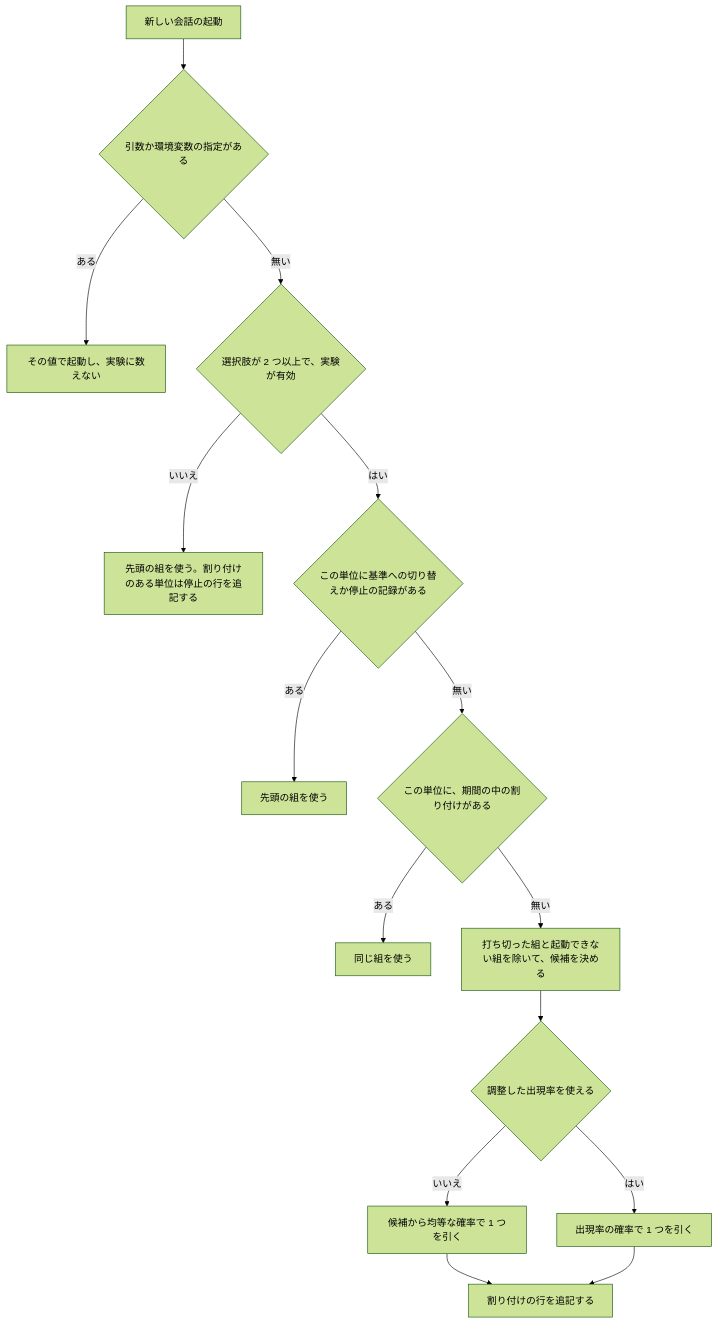
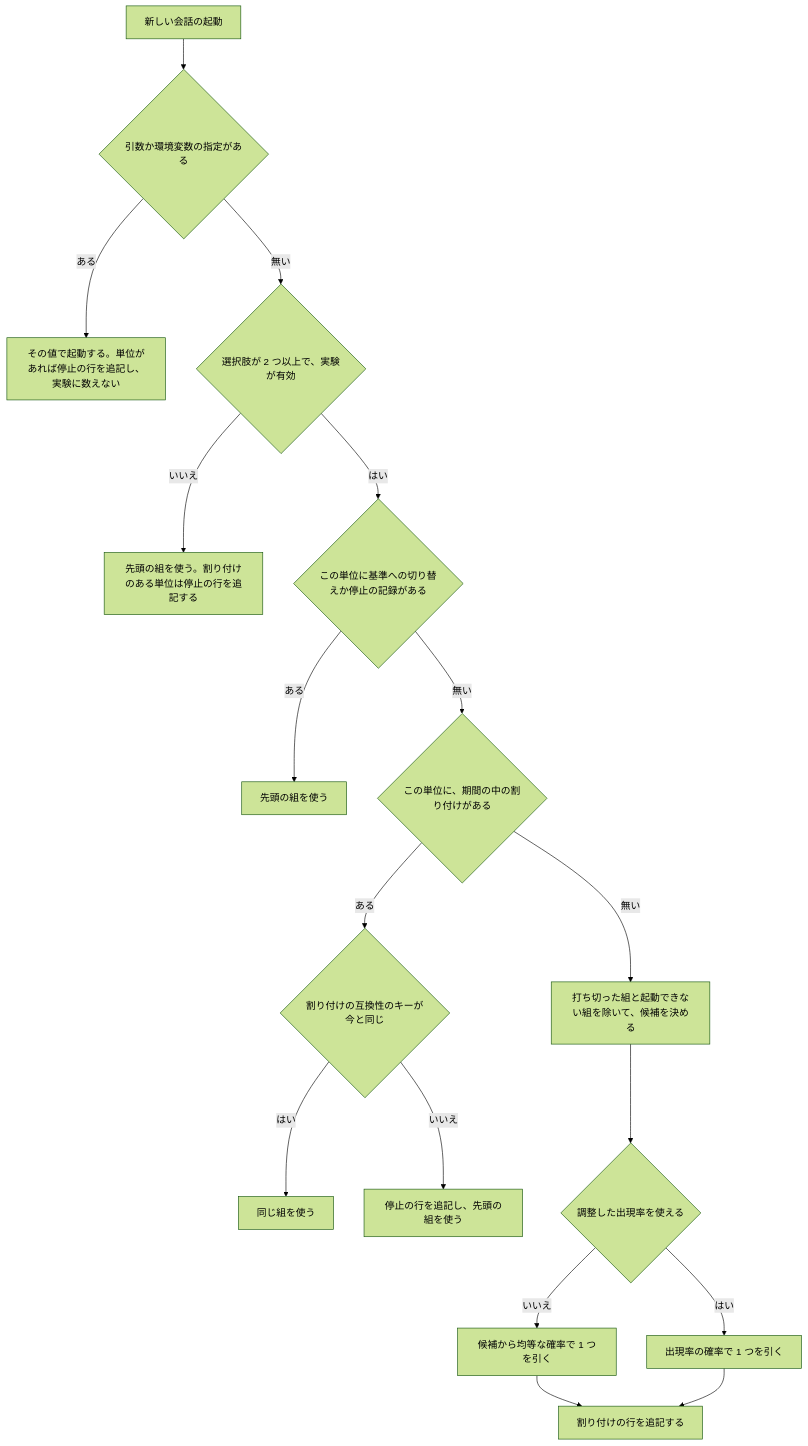
The diagram in issues/issue-2944-design-allocation.md (devbasex/ai-plugins), drawn with Mermaid (forest theme) before and after one commit. The commit also changed other lines of this file and 7 other files, not shown here.

````diff
--- a/issues/issue-2944-design-allocation.md
+++ b/issues/issue-2944-design-allocation.md
@@ -93,16 +114,18 @@
 ```mermaid
 graph TD
     A[新しい会話の起動] --> B{引数か環境変数の指定がある}
-    B -- ある --> Z[その値で起動し、実験に数えない]
+    B -- ある --> Z[その値で起動する。単位があれば停止の行を追記し、実験に数えない]
     B -- 無い --> E{選択肢が 2 つ以上で、実験が有効}
     E -- いいえ --> F[先頭の組を使う。割り付けのある単位は停止の行を追記する]
     E -- はい --> W{この単位に基準への切り替えか停止の記録がある}
     W -- ある --> F2[先頭の組を使う]
     W -- 無い --> C{この単位に、期間の中の割り付けがある}
-    C -- ある --> D[同じ組を使う]
+    C -- ある --> M{割り付けの互換性のキーが今と同じ}
+    M -- はい --> D[同じ組を使う]
+    M -- いいえ --> F3[停止の行を追記し、先頭の組を使う]
     C -- 無い --> K[打ち切った組と起動できない組を除いて、候補を決める]
     K --> G{調整した出現率を使える}
     G -- いいえ --> V[候補から均等な確率で 1 つを引く]
     G -- はい --> I[出現率の確率で 1 つを引く]
     V & I --> J[割り付けの行を追記する]
 ```
````
